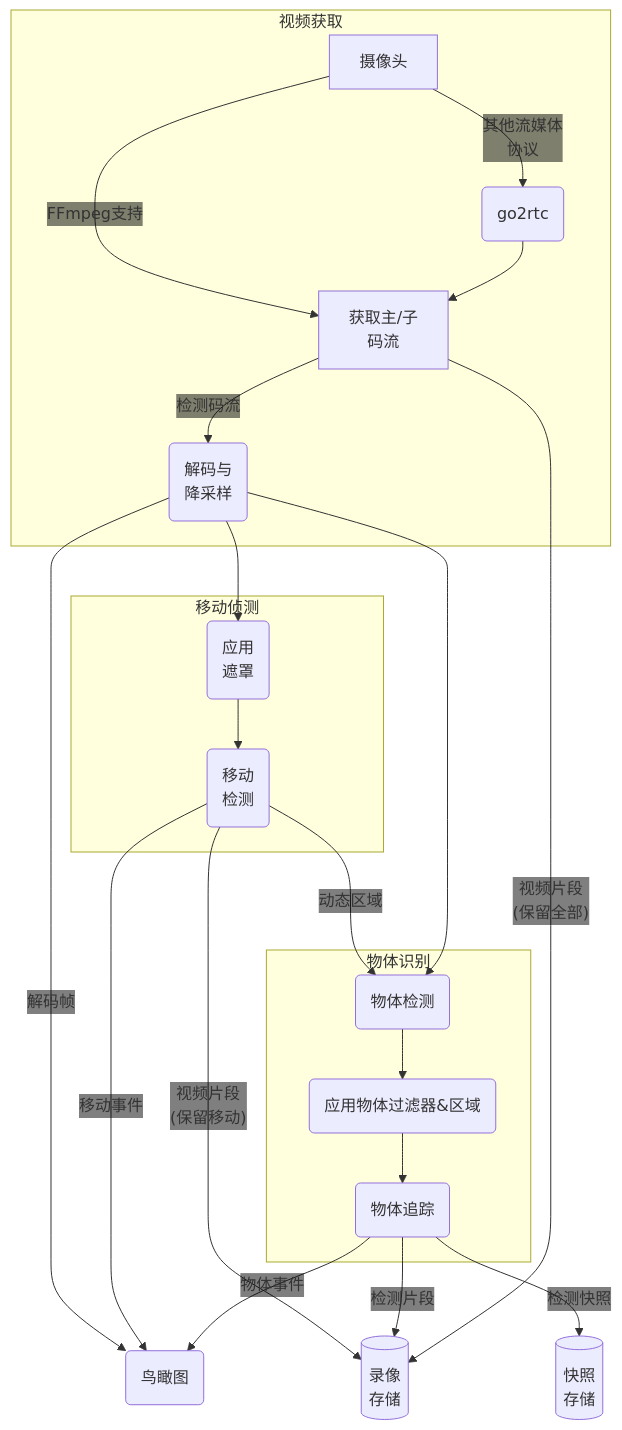
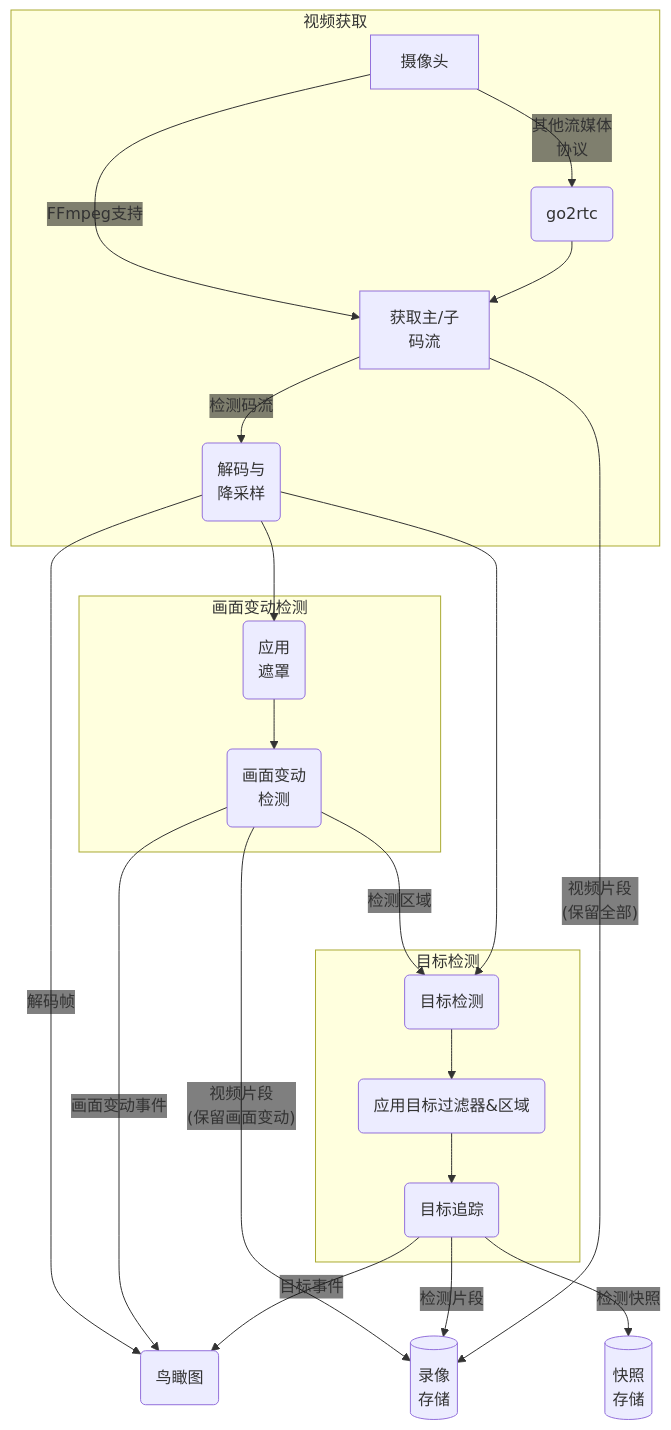
The second of 2 diagrams in docs/frigate/video_pipeline.md (Frigate-CN/docs), drawn with Mermaid before and after one commit. The commit also changed other lines of this file and 19 other files, not shown here.

````diff
--- a/docs/frigate/video_pipeline.md
+++ b/docs/frigate/video_pipeline.md
@@ -40,32 +36,32 @@
 ```mermaid
 %%{init: {"themeVariables": {"edgeLabelBackground": "transparent"}}}%%
 
 flowchart TD
     RecStore[(录像<br>存储)]
     SnapStore[(快照<br>存储)]
 
     subgraph 视频获取
         Cam["摄像头"] -->|FFmpeg支持| Stream
         Cam -->|"其他流媒体<br>协议"| go2rtc
         go2rtc("go2rtc") --> Stream
         Stream[获取主/子<br>码流] --> |检测码流|Decode(解码与<br>降采样)
     end
-    subgraph 移动侦测
+    subgraph 画面变动检测
         Decode --> MotionM(应用<br>遮罩)
-        MotionM --> MotionD(移动<br>检测)
+        MotionM --> MotionD(画面变动<br>检测)
     end
-    subgraph 物体识别
-        MotionD --> |动态区域| ObjectD(物体检测)
+    subgraph 目标检测
+        MotionD --> |检测区域| ObjectD(目标检测)
         Decode --> ObjectD
-        ObjectD --> ObjectFilter(应用物体过滤器&区域)
-        ObjectFilter --> ObjectZ(物体追踪)
+        ObjectD --> ObjectFilter(应用目标过滤器&区域)
+        ObjectFilter --> ObjectZ(目标追踪)
     end
     Decode --> |解码帧|Birdseye(鸟瞰图)
-    MotionD --> |移动事件|Birdseye
-    ObjectZ --> |物体事件|Birdseye
+    MotionD --> |画面变动事件|Birdseye
+    ObjectZ --> |目标事件|Birdseye
 
-    MotionD --> |"视频片段<br>(保留移动)"|RecStore
+    MotionD --> |"视频片段<br>(保留画面变动)"|RecStore
     ObjectZ --> |检测片段|RecStore
     Stream -->|"视频片段<br>(保留全部)"| RecStore
     ObjectZ --> |检测快照|SnapStore
 ```
````
